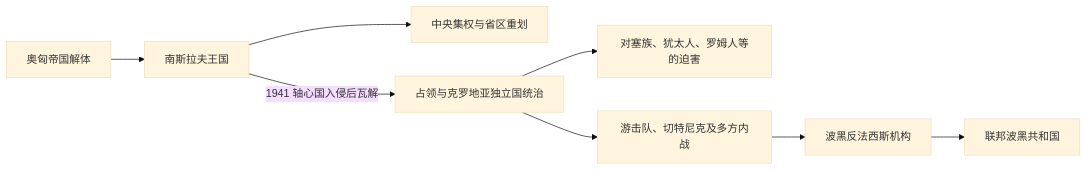
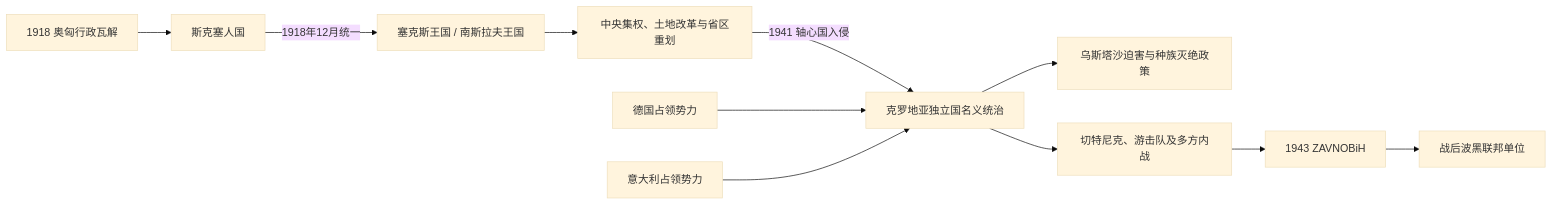
Before and after one commit to tianlan-dev/learning-notes: the diagram in 人文科学/历史/欧洲/东南欧与巴尔干/波斯尼亚和黑塞哥维那/南斯拉夫王国与第二次世界大战时期.md, drawn with Mermaid (base theme). The commit also changed other lines of this file and 1417 other files, not shown here.

````diff
--- a/人文科学/历史/欧洲/东南欧与巴尔干/波斯尼亚和黑塞哥维那/南斯拉夫王国与第二次世界大战时期.md
+++ b/人文科学/历史/欧洲/东南欧与巴尔干/波斯尼亚和黑塞哥维那/南斯拉夫王国与第二次世界大战时期.md
@@ -17,10 +15,13 @@
 ```mermaid
 flowchart LR
-  AH["奥匈帝国解体"] --> YugKingdom["南斯拉夫王国"]
-  YugKingdom --> Centralism["中央集权与省区重划"]
-  YugKingdom -->|"1941 轴心国入侵后瓦解"| Occupation["占领与克罗地亚独立国统治"]
-  Occupation --> Persecution["对塞族、犹太人、罗姆人等的迫害"]
-  Occupation --> Resistance["游击队、切特尼克及多方内战"]
-  Resistance --> ZAVNOBiH["波黑反法西斯机构"]
-  ZAVNOBiH --> Socialist["联邦波黑共和国"]
+  AH["1918 奥匈行政瓦解"] --> SHSState["斯克塞人国"]
+  SHSState -->|1918年12月统一| Kingdom["塞克斯王国 / 南斯拉夫王国"]
+  Kingdom --> Centralism["中央集权、土地改革与省区重划"]
+  Centralism -->|1941 轴心国入侵| NDH["克罗地亚独立国名义统治"]
+  Germany["德国占领势力"] --> NDH
+  Italy["意大利占领势力"] --> NDH
+  NDH --> Persecution["乌斯塔沙迫害与种族灭绝政策"]
+  NDH --> CivilWar["切特尼克、游击队及多方内战"]
+  CivilWar --> ZAVNOBiH["1943 ZAVNOBiH"]
+  ZAVNOBiH --> Socialist["战后波黑联邦单位"]
 ```
````
